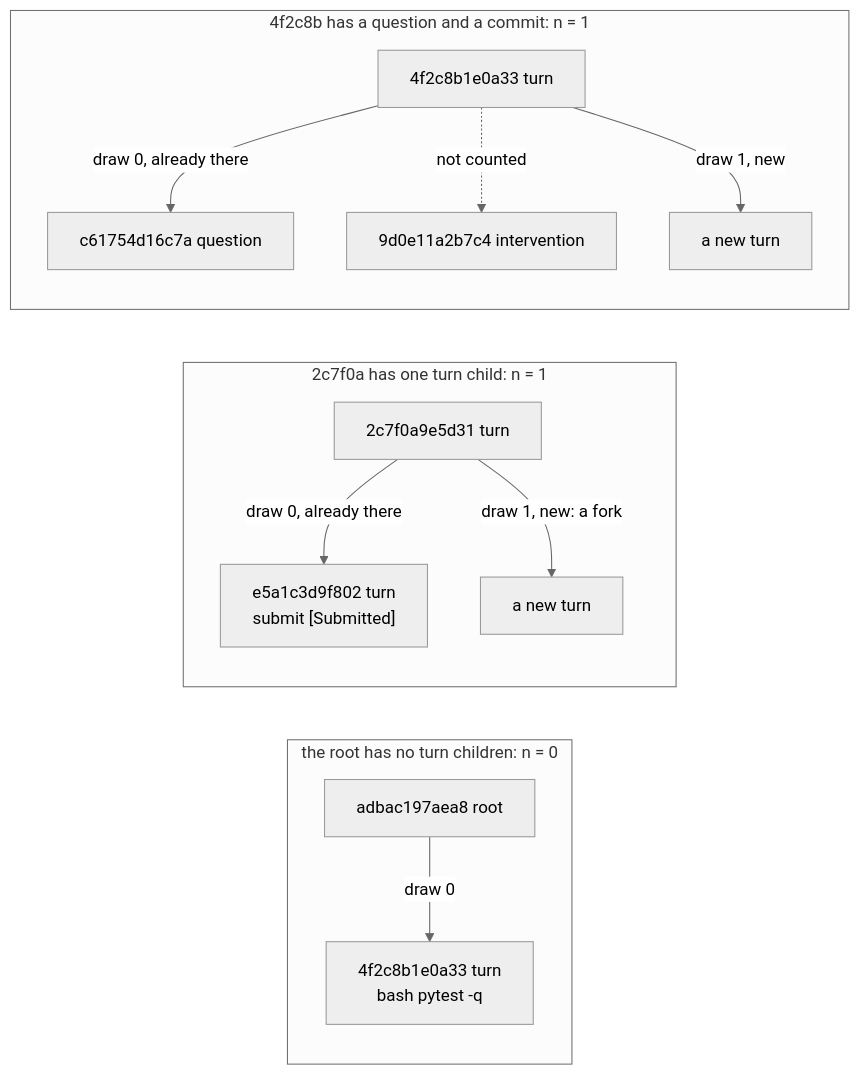
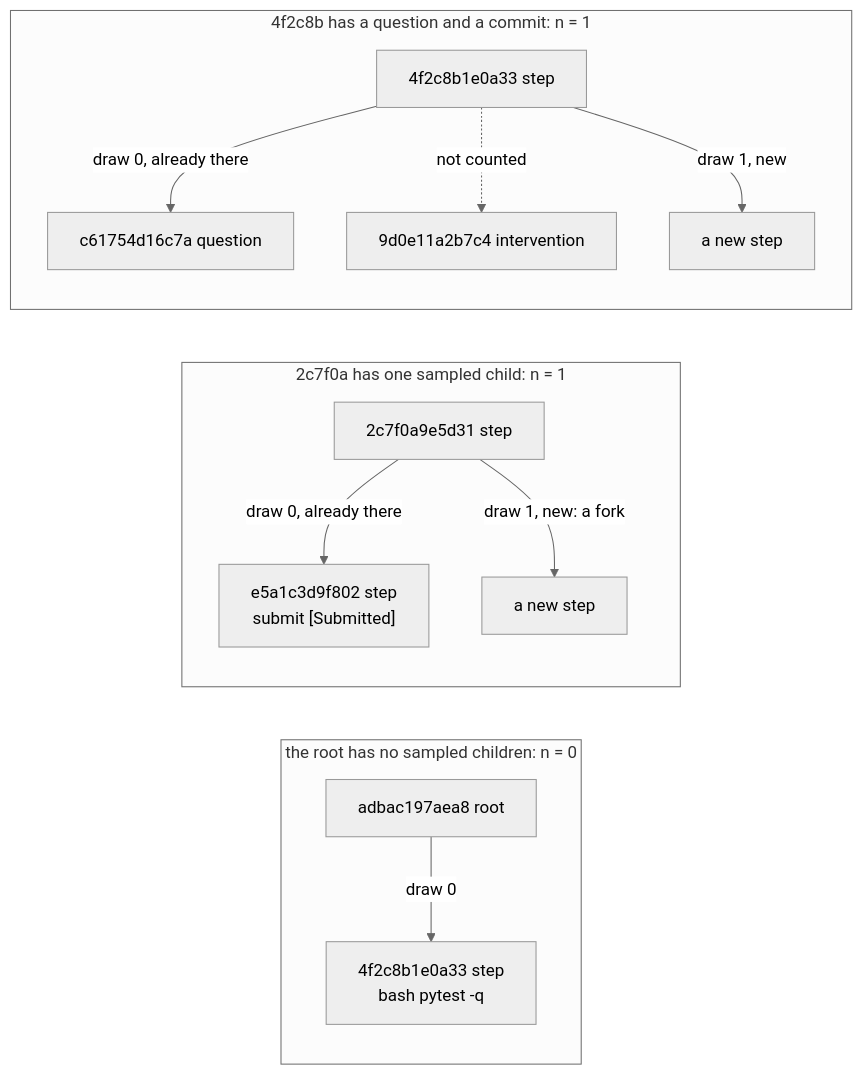
The fourth of 9 diagrams in docs/trajectory-schema.md (pku-xht/alaya), drawn with Mermaid (neutral theme) before and after one commit. The commit also changed other lines of this file and 48 other files, not shown here.

````diff
--- a/docs/trajectory-schema.md
+++ b/docs/trajectory-schema.md
@@ -189,18 +202,18 @@
 ```mermaid
 flowchart LR
-  subgraph one["the root has no turn children: n = 0"]
+  subgraph one["the root has no sampled children: n = 0"]
     direction TB
-    S1["adbac197aea8 root"] -->|"draw 0"| T1["4f2c8b1e0a33 turn<br/>bash pytest -q"]
+    S1["adbac197aea8 root"] -->|"draw 0"| T1["4f2c8b1e0a33 step<br/>bash pytest -q"]
   end
-  subgraph two["2c7f0a has one turn child: n = 1"]
+  subgraph two["2c7f0a has one sampled child: n = 1"]
     direction TB
-    S2["2c7f0a9e5d31 turn"] -->|"draw 0, already there"| T2a["e5a1c3d9f802 turn<br/>submit  [Submitted]"]
-    S2 -->|"draw 1, new: a fork"| T2b["a new turn"]
+    S2["2c7f0a9e5d31 step"] -->|"draw 0, already there"| T2a["e5a1c3d9f802 step<br/>submit  [Submitted]"]
+    S2 -->|"draw 1, new: a fork"| T2b["a new step"]
   end
   subgraph three["4f2c8b has a question and a commit: n = 1"]
     direction TB
-    S3["4f2c8b1e0a33 turn"] -->|"draw 0, already there"| T3a["c61754d16c7a question"]
+    S3["4f2c8b1e0a33 step"] -->|"draw 0, already there"| T3a["c61754d16c7a question"]
     S3 -.->|"not counted"| C3["9d0e11a2b7c4 intervention"]
-    S3 -->|"draw 1, new"| T3b["a new turn"]
+    S3 -->|"draw 1, new"| T3b["a new step"]
   end
 ```
````
